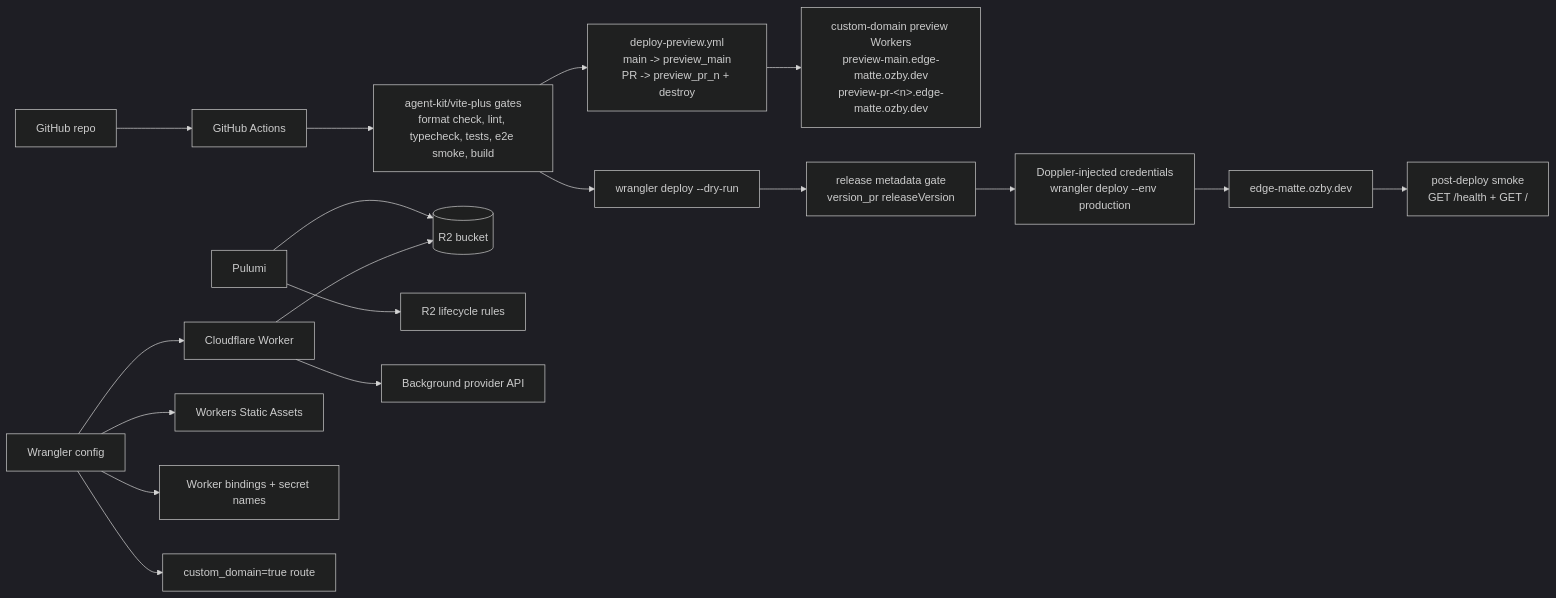
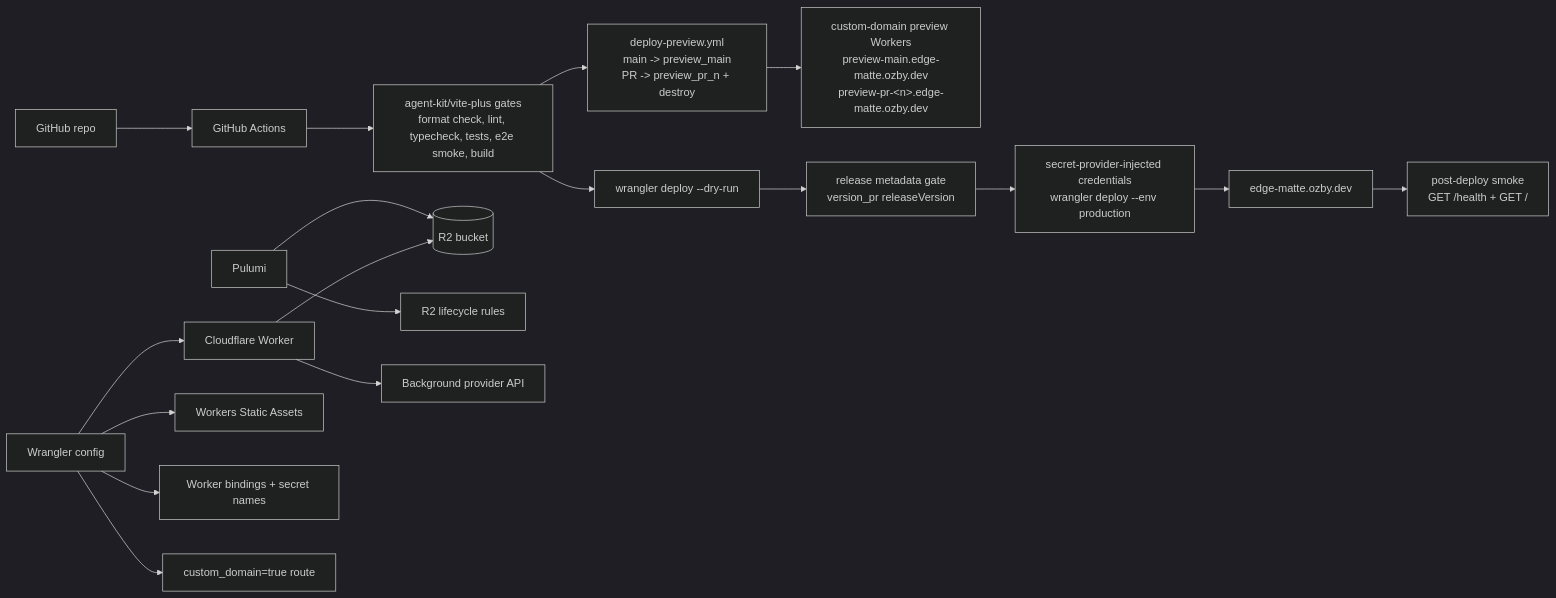
The ninth of 10 diagrams in docs/architecture.md (ozby/edge-matte), drawn with Mermaid (dark theme) before and after one commit. The commit also changed 29 other files, not shown here.

First line of the commit message:
docs(ci): remove edge-matte secret-provider drift (#17)

````diff
--- a/docs/architecture.md
+++ b/docs/architecture.md
@@ -310,23 +310,23 @@
 ```mermaid
 flowchart LR
     GH[GitHub repo] --> CI[GitHub Actions]
     CI --> CHECKS[agent-kit/vite-plus gates<br/>format check, lint, typecheck, tests, e2e smoke, build]
     CHECKS --> DRY[wrangler deploy --dry-run]
     CHECKS --> PREVIEW[deploy-preview.yml<br/>main -> preview_main<br/>PR -> preview_pr_n + destroy]
     PREVIEW --> PREVIEWDOMAINS[custom-domain preview Workers<br/>preview-main.edge-matte.ozby.dev<br/>preview-pr-&lt;n&gt;.edge-matte.ozby.dev]
     DRY --> RELEASE[release metadata gate<br/>version_pr releaseVersion]
-    RELEASE --> DEPLOY[Doppler-injected credentials<br/>wrangler deploy --env production]
+    RELEASE --> DEPLOY[secret-provider-injected credentials<br/>wrangler deploy --env production]
     DEPLOY --> URL[edge-matte.ozby.dev]
     URL --> SMOKE[post-deploy smoke<br/>GET /health + GET /]
 
     PULUMI[Pulumi] --> R2[(R2 bucket)]
     PULUMI --> LIFE[R2 lifecycle rules]
 
     WRANGLER[Wrangler config] --> WORKER[Cloudflare Worker]
     WRANGLER --> ASSETS[Workers Static Assets]
     WRANGLER --> BINDINGS[Worker bindings + secret names]
     WRANGLER --> ROUTES[custom_domain=true route]
 
     WORKER --> R2
     WORKER --> PROVIDER[Background provider API]
 ```
````
